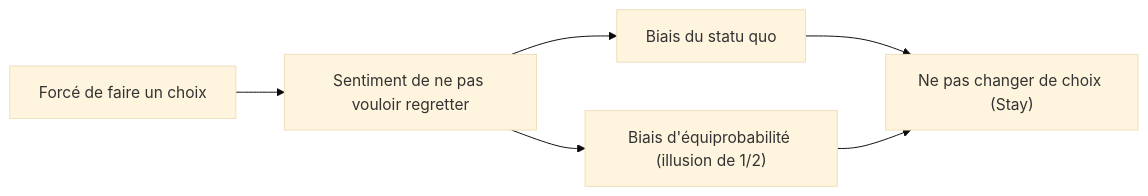
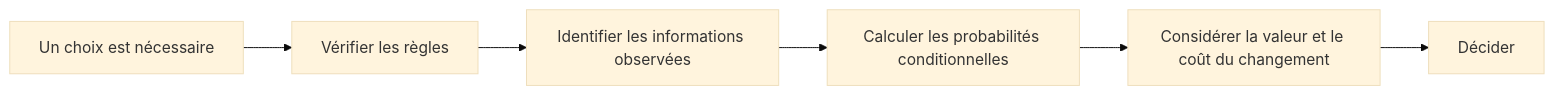
One commit to kenjinote/blog changed the second of 2 diagrams in content/post/paradox-monty-hall-problem/index.fr.md. Above: the diagram before and after it, drawn with Mermaid (base theme). The commit also changed other lines of this file and 8 other files, not shown here.

````diff
--- a/content/post/paradox-monty-hall-problem/index.fr.md
+++ b/content/post/paradox-monty-hall-problem/index.fr.md
@@ -187,8 +164,8 @@
 ```mermaid
 flowchart LR
-    Situation["Forcé de faire un choix"] --> Feeling["Sentiment de ne pas vouloir regretter"]
-    Feeling --> Bias1["Biais du statu quo"]
-    Feeling --> Bias2["Biais d'équiprobabilité (illusion de 1/2)"]
-    Bias1 --> Conclusion["Ne pas changer de choix (Stay)"]
-    Bias2 --> Conclusion
+    Situation["Un choix est nécessaire"] --> Rules["Vérifier les règles"]
+    Rules --> Observation["Identifier les informations observées"]
+    Observation --> Posterior["Calculer les probabilités conditionnelles"]
+    Posterior --> Utility["Considérer la valeur et le coût du changement"]
+    Utility --> Decision["Décider"]
 ```
````
